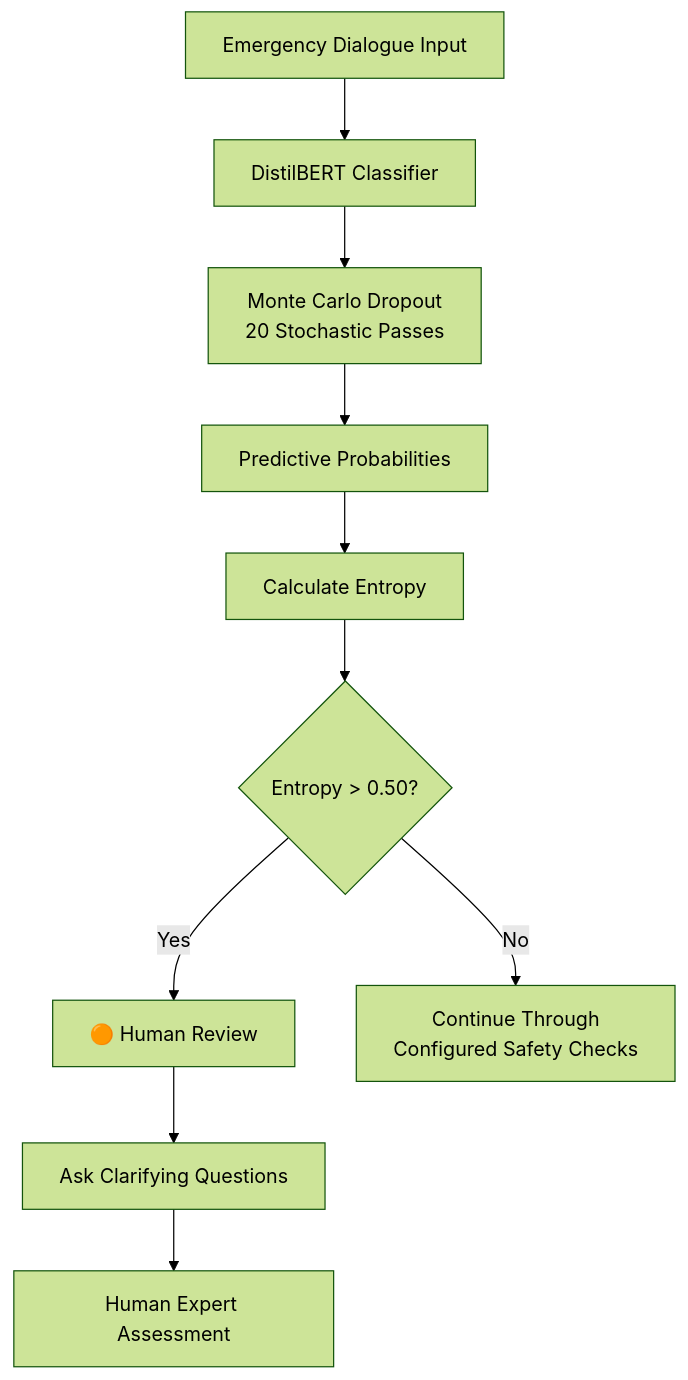
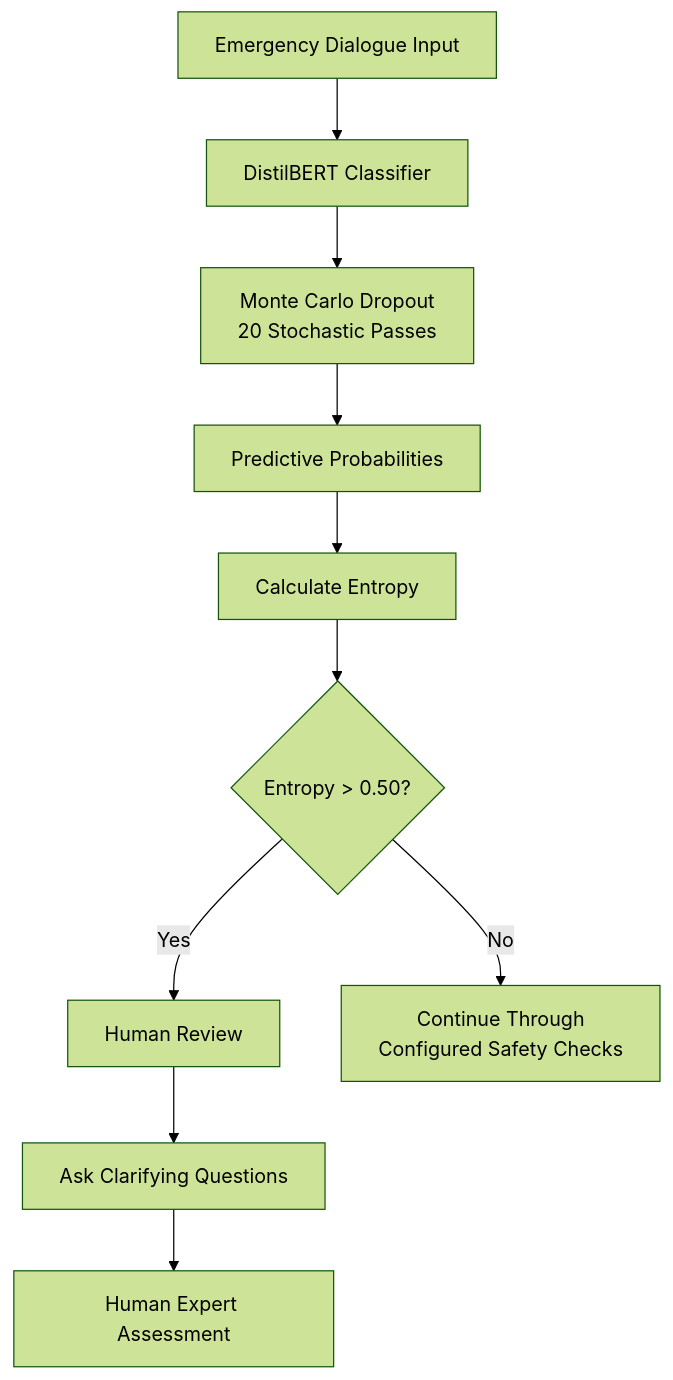
One commit to NimraRahman/Active-Uncertainty-Emergency-Triage-Agent-with-Self-Reflection changed the diagram in README.md. Above: the diagram before and after it, drawn with Mermaid (forest theme). The commit also changed other lines of this file, not shown here.

````diff
--- a/README.md
+++ b/README.md
@@ -166,12 +166,12 @@
 ```mermaid
 flowchart TD
     A["Emergency Dialogue Input"] --> B["DistilBERT Classifier"]
     B --> C["Monte Carlo Dropout<br/>20 Stochastic Passes"]
     C --> D["Predictive Probabilities"]
     D --> E["Calculate Entropy"]
     E --> F{"Entropy > 0.50?"}
-    F -->|Yes| G["🟠 Human Review"]
+    F -->|Yes| G["Human Review"]
     F -->|No| H["Continue Through<br/>Configured Safety Checks"]
     G --> I["Ask Clarifying Questions"]
     I --> J["Human Expert Assessment"]
 ```
````
